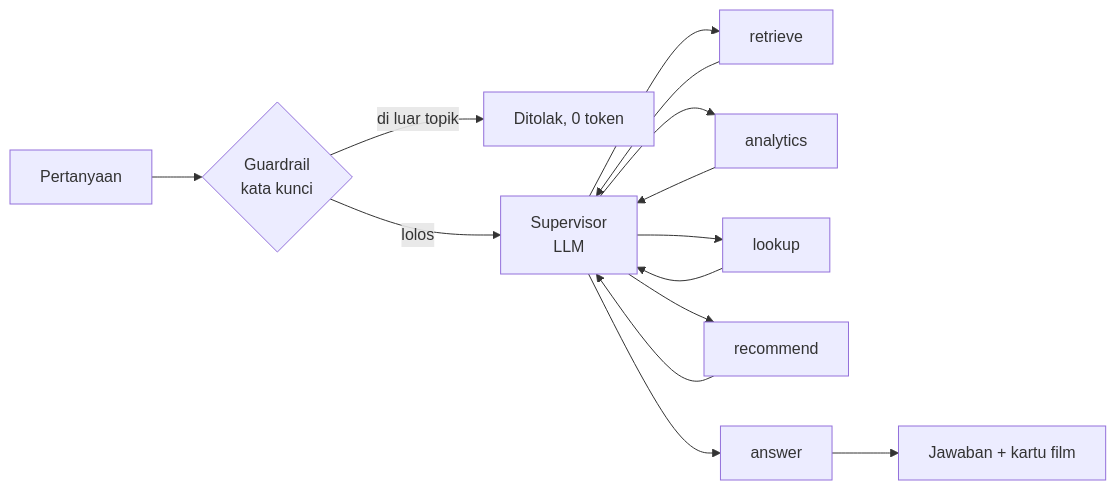
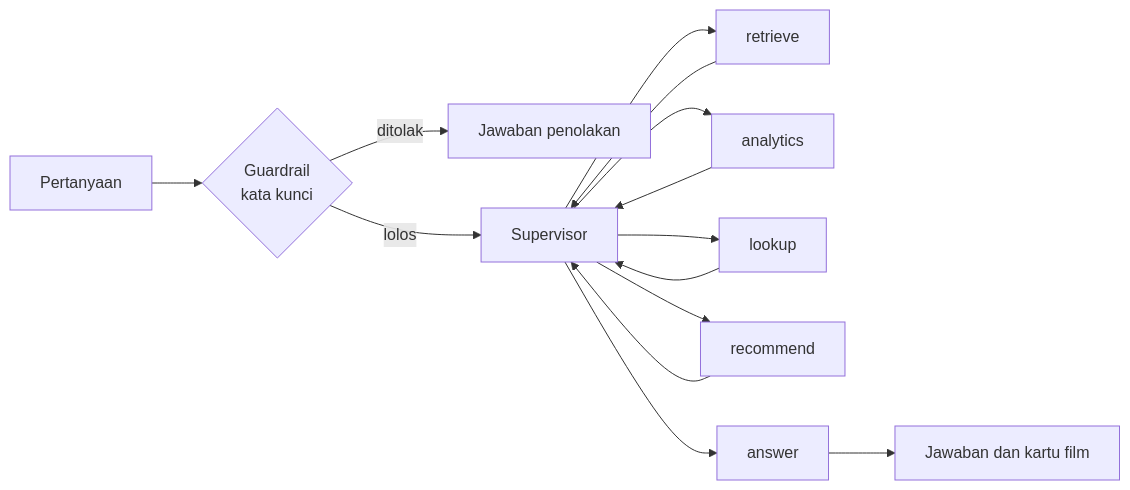
The diagram in README.md (ipul122/Cp3_anwar), drawn with Mermaid before and after one commit. The commit also changed other lines of this file and 5 other files, not shown here.

````diff
--- a/README.md
+++ b/README.md
@@ -17,11 +20,11 @@
 ```mermaid
 flowchart LR
     Q[Pertanyaan] --> G{Guardrail<br/>kata kunci}
-    G -- di luar topik --> X[Ditolak, 0 token]
-    G -- lolos --> S[Supervisor<br/>LLM]
+    G -- ditolak --> X[Jawaban penolakan]
+    G -- lolos --> S[Supervisor]
     S --> R1[retrieve] --> S
     S --> R2[analytics] --> S
     S --> R3[lookup] --> S
     S --> R4[recommend] --> S
-    S --> A[answer] --> OUT[Jawaban + kartu film]
+    S --> A[answer] --> OUT[Jawaban dan kartu film]
 ```
````
